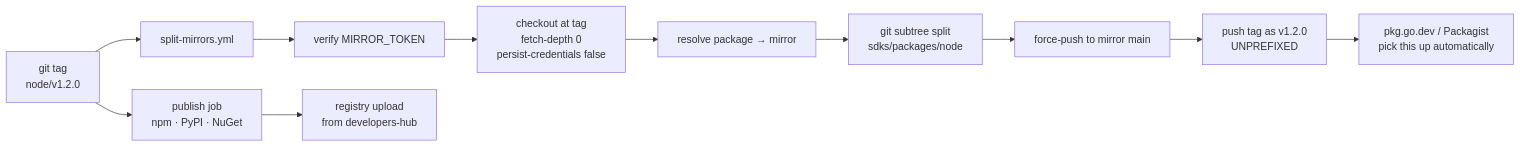
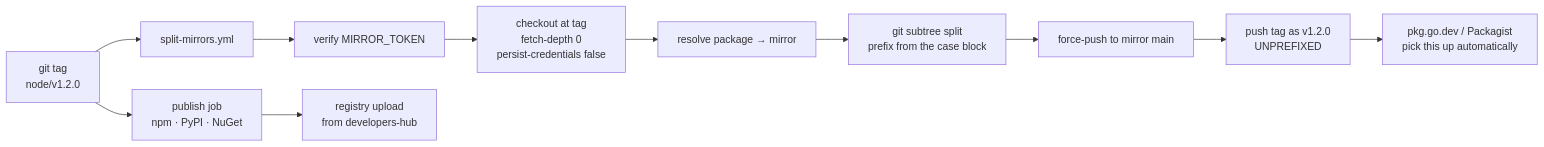
One commit to turboSMTP/developers-hub changed the second of 2 diagrams in sdks/pipeline.md. Above: the diagram before and after it, drawn with Mermaid. The commit also changed other lines of this file and 41 other files, not shown here.

````diff
--- a/sdks/pipeline.md
+++ b/sdks/pipeline.md
@@ -65,14 +69,14 @@
 ```mermaid
 flowchart LR
     TAG["git tag<br/>node/v1.2.0"] --> WF["split-mirrors.yml"]
     WF --> S1["verify MIRROR_TOKEN"]
     S1 --> S2["checkout at tag<br/>fetch-depth 0<br/>persist-credentials false"]
     S2 --> S3["resolve package → mirror"]
-    S3 --> S4["git subtree split<br/>sdks/packages/node"]
+    S3 --> S4["git subtree split<br/>prefix from the case block"]
     S4 --> S5["force-push to mirror main"]
     S5 --> S6["push tag as v1.2.0<br/>UNPREFIXED"]
     S6 --> GO["pkg.go.dev / Packagist<br/>pick this up automatically"]
 
     TAG --> PUB["publish job<br/>npm · PyPI · NuGet"]
     PUB --> REG["registry upload<br/>from developers-hub"]
 ```
````
